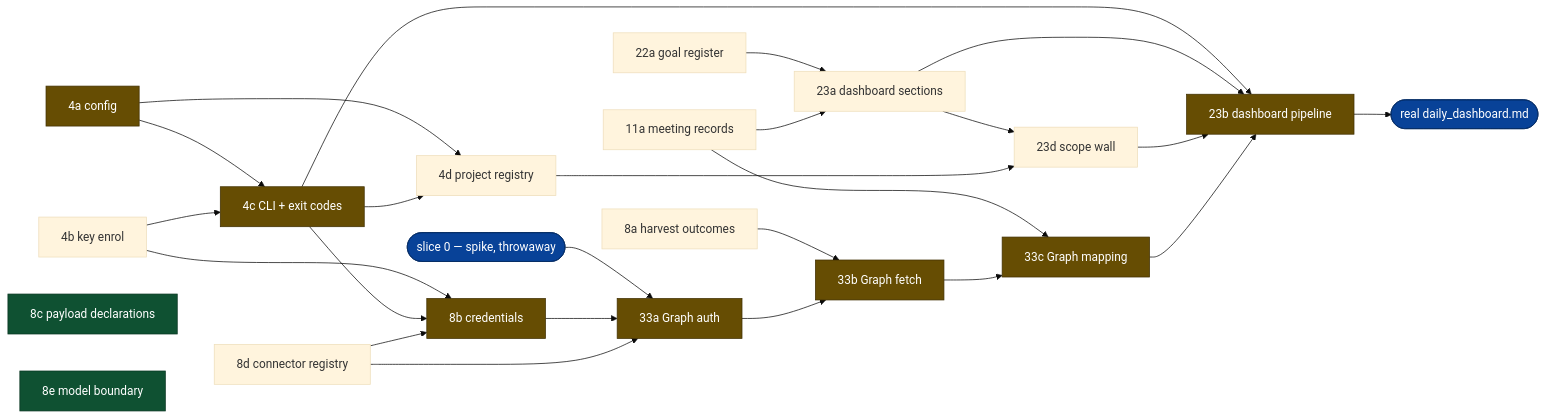
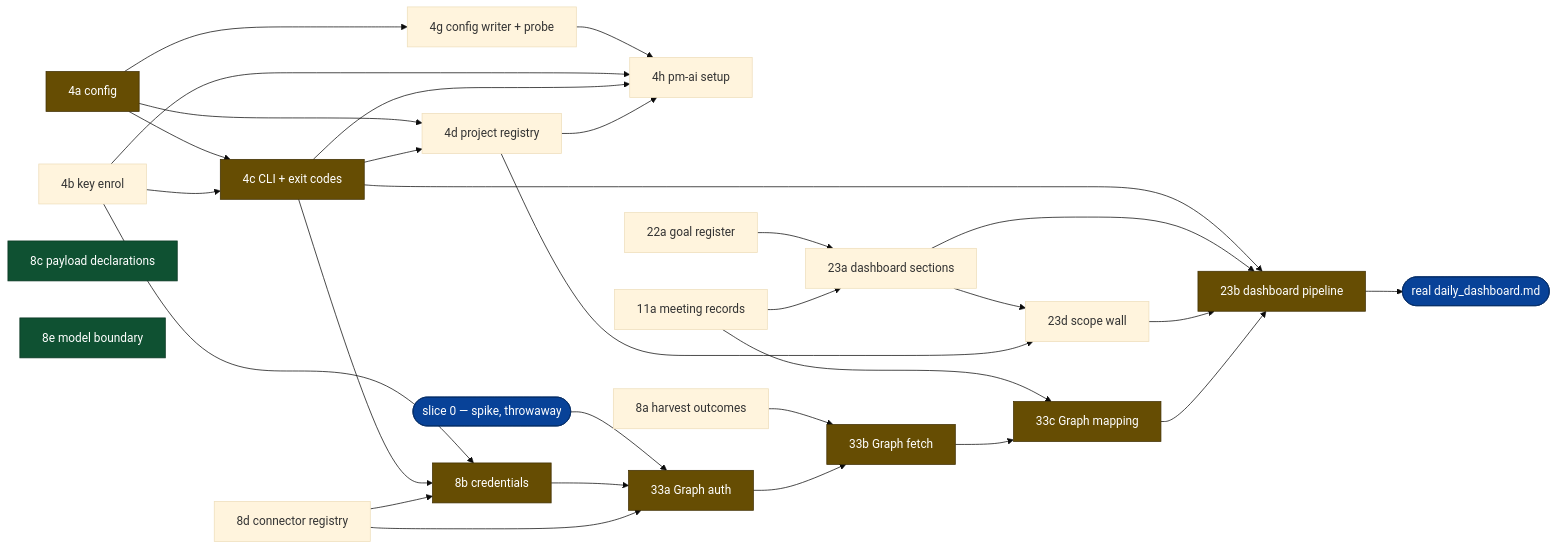
Before and after one commit to aramaniuk/pm-ai: the third of 3 diagrams in _bmad-output/implementation-artifacts/prototype-path-2026-09-01.md, drawn with Mermaid (base theme). The commit also changed other lines of this file and 3 other files, not shown here.

````diff
--- a/_bmad-output/implementation-artifacts/prototype-path-2026-09-01.md
+++ b/_bmad-output/implementation-artifacts/prototype-path-2026-09-01.md
@@ -251,53 +251,60 @@
 ```mermaid
 flowchart LR
     s0(["slice 0 — spike, throwaway"])
     s4a["4a config"]
     s4b["4b key enrol"]
     s4c["4c CLI + exit codes"]
     s4d["4d project registry"]
+    s4g["4g config writer + probe"]
+    s4h["4h pm-ai setup"]
     s8a["8a harvest outcomes"]
     s8d["8d connector registry"]
     s8b["8b credentials"]
     s8c["8c payload declarations"]
     s8e["8e model boundary"]
     s11a["11a meeting records"]
     s22a["22a goal register"]
     s33a["33a Graph auth"]
     s33b["33b Graph fetch"]
     s33c["33c Graph mapping"]
     s23a["23a dashboard sections"]
     s23d["23d scope wall"]
     s23b["23b dashboard pipeline"]
     done(["real daily_dashboard.md"])
 
     s0 --> s33a
     s4a --> s4c
     s4b --> s4c
     s4a --> s4d
     s4c --> s4d
+    s4a --> s4g
+    s4g --> s4h
+    s4b --> s4h
+    s4c --> s4h
+    s4d --> s4h
     s4b --> s8b
     s4c --> s8b
     s8d --> s8b
     s8b --> s33a
     s8d --> s33a
     s8a --> s33b
     s33a --> s33b
     s11a --> s33c
     s33b --> s33c
     s22a --> s23a
     s11a --> s23a
     s23a --> s23d
     s4d --> s23d
     s4c --> s23b
     s23a --> s23b
     s23d --> s23b
     s33c --> s23b
     s23b --> done
 
     classDef crit fill:#664d03,stroke:#413003,color:#ffffff
     classDef island fill:#0f5132,stroke:#0a3622,color:#ffffff
     classDef goal fill:#084298,stroke:#052c65,color:#ffffff
     class s4a,s4c,s8b,s33a,s33b,s33c,s23b crit
     class s8c,s8e island
     class done,s0 goal
 ```
````
